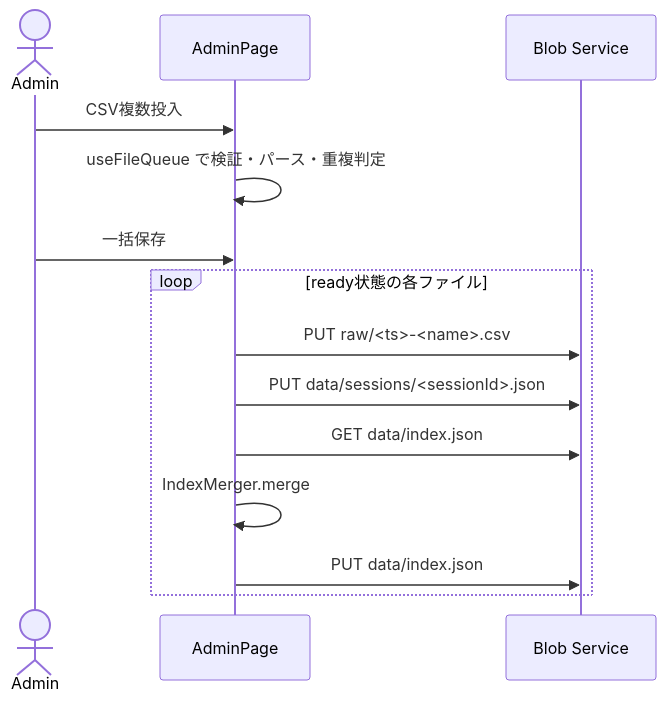
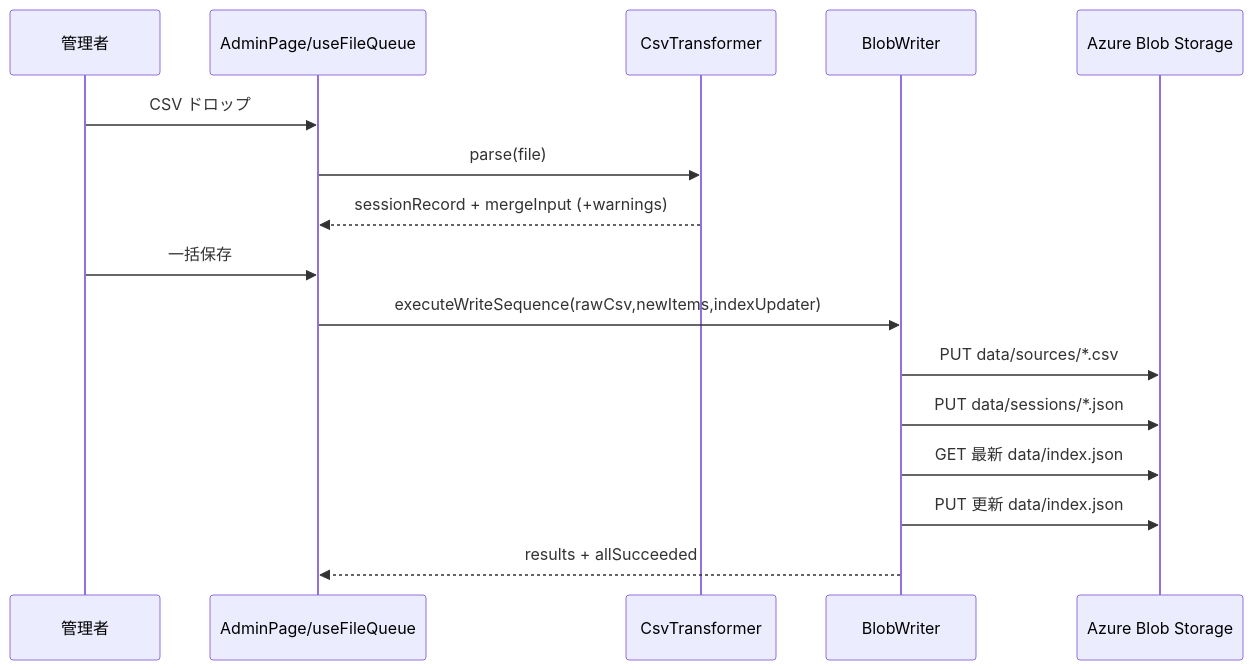
One commit to nuitsjp/teams-board changed the third of 3 diagrams in docs/architecture.md. Above: the diagram before and after it, drawn with Mermaid. The commit also changed other lines of this file and 136 other files, not shown here.

````diff
--- a/docs/architecture.md
+++ b/docs/architecture.md
@@ -177,17 +149,19 @@
 ```mermaid
 sequenceDiagram
-  actor A as Admin
-  participant SPA as AdminPage
-  participant BLOB as Blob Service
+    participant Admin as 管理者
+    participant UI as AdminPage/useFileQueue
+    participant CSV as CsvTransformer
+    participant BW as BlobWriter
+    participant Blob as Azure Blob Storage
 
-  A->>SPA: CSV複数投入
-  SPA->>SPA: useFileQueue で検証・パース・重複判定
-  A->>SPA: 一括保存
-  loop ready状態の各ファイル
-    SPA->>BLOB: PUT raw/<ts>-<name>.csv
-    SPA->>BLOB: PUT data/sessions/<sessionId>.json
-    SPA->>BLOB: GET data/index.json
-    SPA->>SPA: IndexMerger.merge
-    SPA->>BLOB: PUT data/index.json
-  end
+    Admin->>UI: CSV ドロップ
+    UI->>CSV: parse(file)
+    CSV-->>UI: sessionRecord + mergeInput (+warnings)
+    Admin->>UI: 一括保存
+    UI->>BW: executeWriteSequence(rawCsv,newItems,indexUpdater)
+    BW->>Blob: PUT data/sources/*.csv
+    BW->>Blob: PUT data/sessions/*.json
+    BW->>Blob: GET 最新 data/index.json
+    BW->>Blob: PUT 更新 data/index.json
+    BW-->>UI: results + allSucceeded
 ```
````
